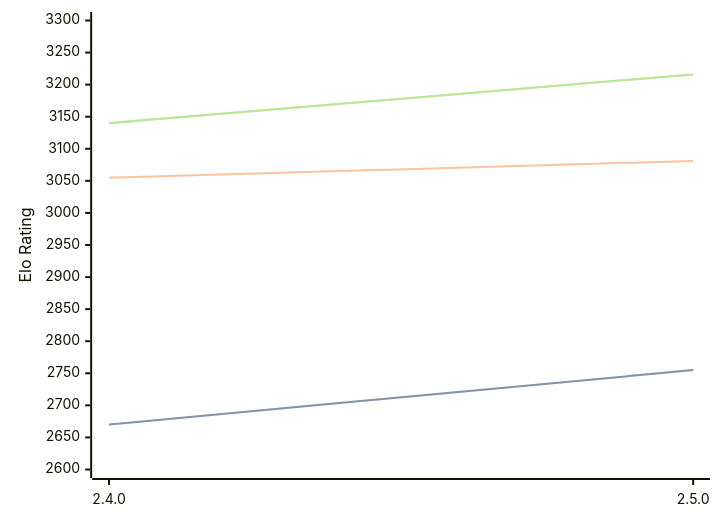
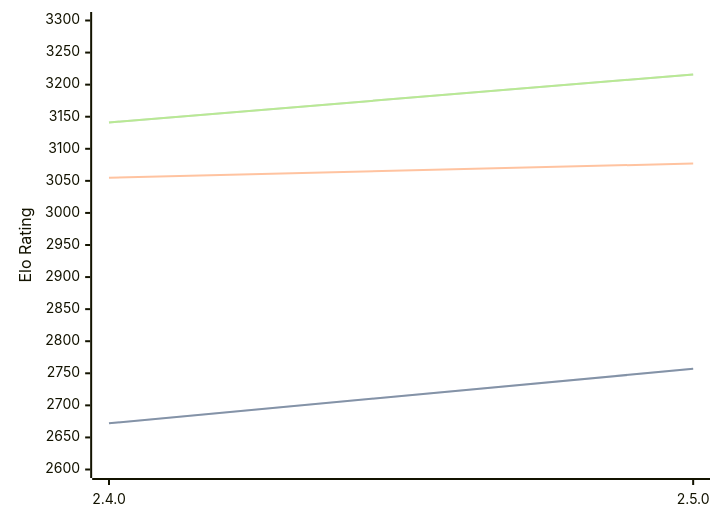
One commit to computer-chess-index/cci changed the diagram in engines/Sturddle2.md. Above: the diagram before and after it, drawn with Mermaid. The commit also changed other lines of this file, not shown here.

Commit message:
Update CCI Ratings (ELO VLTC) - 2026-05-14

````diff
--- a/engines/Sturddle2.md
+++ b/engines/Sturddle2.md
@@ -37,11 +37,11 @@
 ```mermaid
 %%{init: {"theme":"base","themeVariables":{"seriesColors:['#a3a3a3','#222221','#faa371']}}}%%
 xychart-beta
   x-axis ["2.4.0", "2.5.0"]
   y-axis "Elo Rating" 2600 --> 3300
-  line "STC (8.0+0.08s)" [2670, 2755]
-  line "STC (8.0+0.08s)" [2670, 2755]
-  line "LTC (60.0+0.60s)" [3055, 3081]
-  line "VLTC (2m24s+1.12s)" [3140, 3216]
-  line "VLTC (2m24s+1.12s)" [3140, 3216]
+  line "STC (8.0+0.08s)" [2672, 2757]
+  line "STC (8.0+0.08s)" [2672, 2757]
+  line "LTC (60.0+0.60s)" [3055, 3077]
+  line "VLTC (2m24s+1.12s)" [3141, 3216]
+  line "VLTC (2m24s+1.12s)" [3141, 3216]
 ```
````
